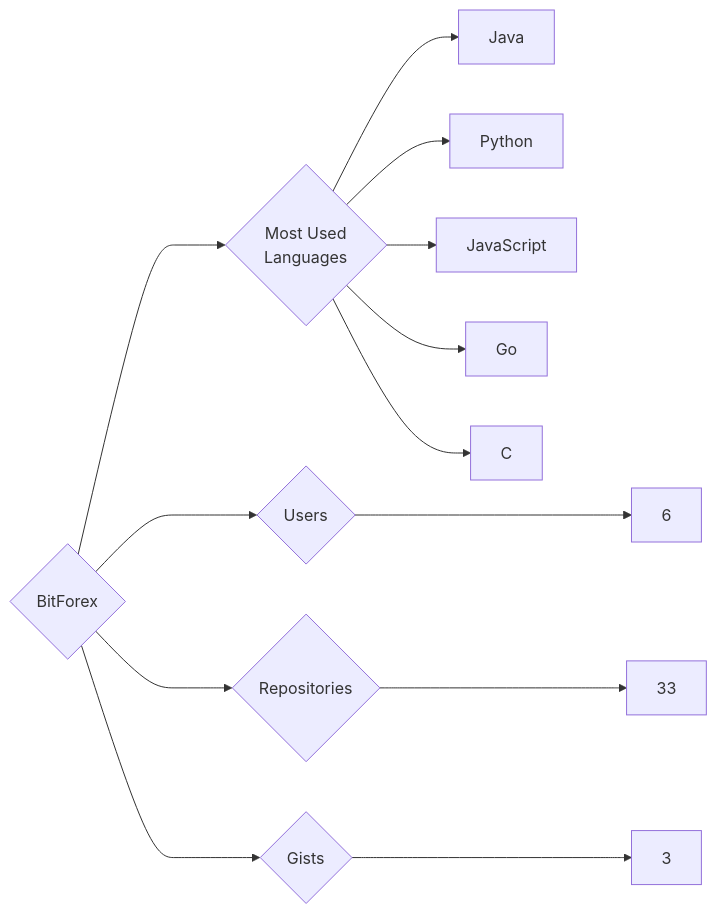
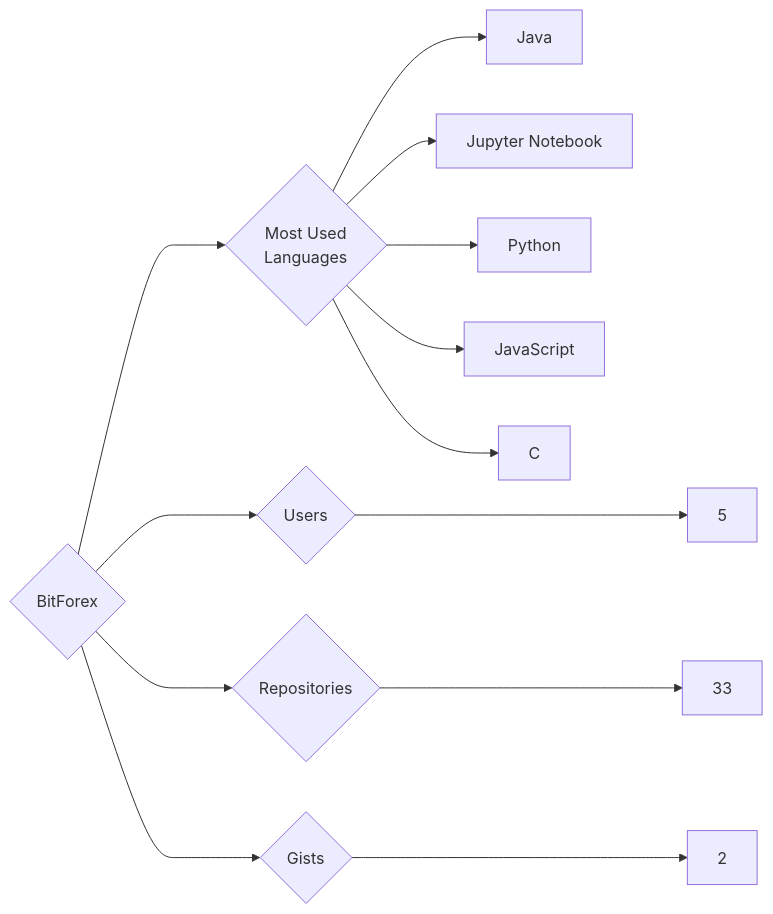
The diagram in targets/BitForex/README.md (trickest/insiders), drawn with Mermaid before and after one commit. The commit also changed 985 other files, not shown here.

````diff
--- a/targets/BitForex/README.md
+++ b/targets/BitForex/README.md
@@ -3,13 +3,13 @@
 ```mermaid
 graph LR
 COMPANY_NAME{BitForex}
-COMPANY_NAME ---> U{Users} ---> UN[6]
+COMPANY_NAME ---> U{Users} ---> UN[5]
 COMPANY_NAME ---> R{Repositories} ---> RN[33]
-COMPANY_NAME ---> G{Gists} ---> GN[3]
+COMPANY_NAME ---> G{Gists} ---> GN[2]
 COMPANY_NAME ---> ML{Most Used<br>Languages}
 ML --> Java[Java]
+ML --> Jupyter_Notebook[Jupyter Notebook]
 ML --> Python[Python]
 ML --> JavaScript[JavaScript]
-ML --> Go[Go]
 ML --> C[C]
 ```
````
